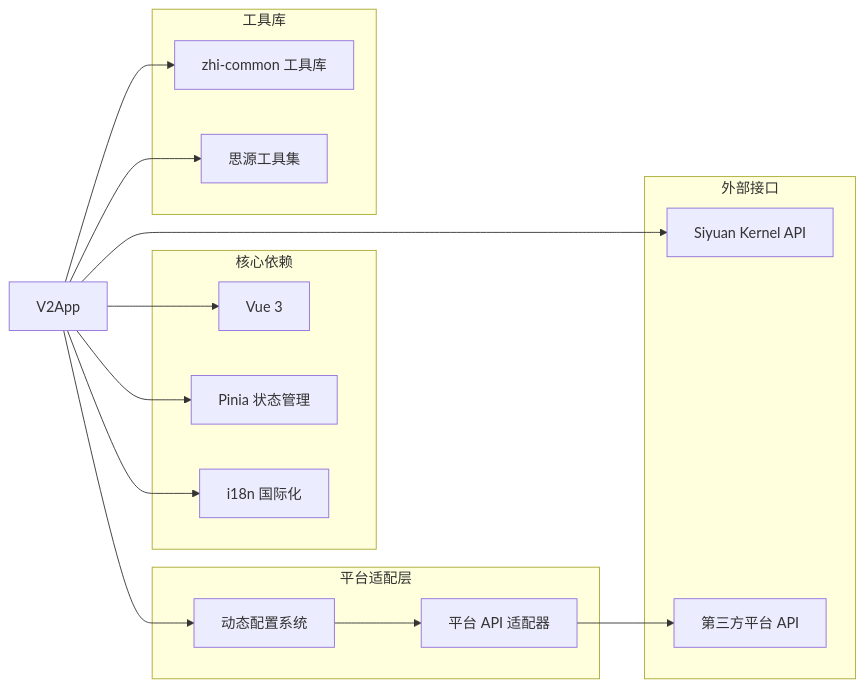
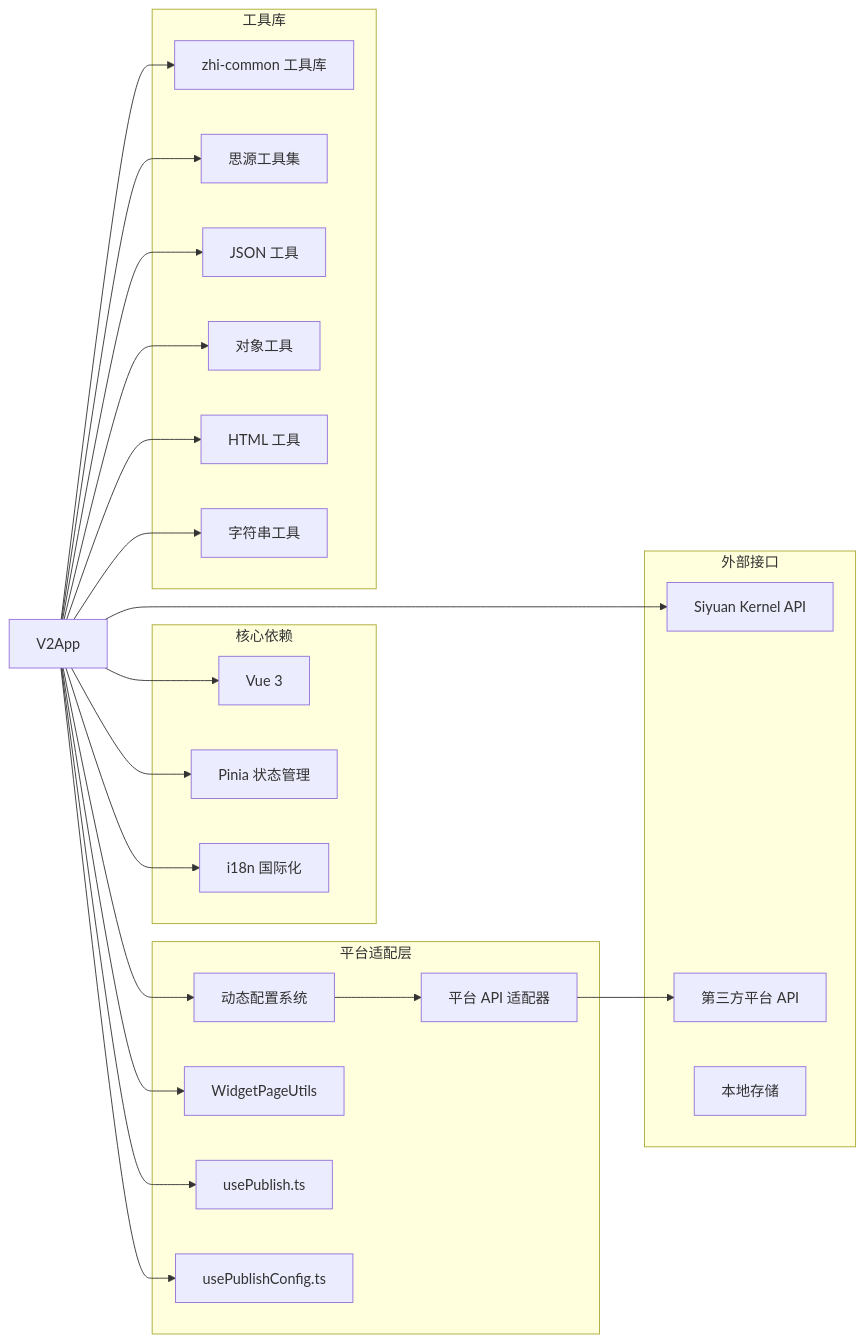
One commit to terwer/siyuan-plugin-publisher changed the tenth of 10 diagrams in .qoder/repowiki/zh/content/用户界面组件/页面组件/V2 应用根组件.md. Above: the diagram before and after it, drawn with Mermaid. The commit also changed other lines of this file and 14 other files, not shown here.

````diff
--- a/.qoder/repowiki/zh/content/用户界面组件/页面组件/V2 应用根组件.md
+++ b/.qoder/repowiki/zh/content/用户界面组件/页面组件/V2 应用根组件.md
@@ -383,29 +426,44 @@
 ```mermaid
 graph LR
 subgraph "核心依赖"
 Vue[Vue 3]
 Pinia[Pinia 状态管理]
 I18n[i18n 国际化]
 end
 subgraph "平台适配层"
 DynamicConfig[动态配置系统]
 PlatformAPI[平台 API 适配器]
+WidgetUtils[WidgetPageUtils]
+PublishUtils[usePublish.ts]
+ConfigUtils[usePublishConfig.ts]
 end
 subgraph "工具库"
 ZhiCommon[zhi-common 工具库]
 SiyuanUtils[思源工具集]
+JsonUtil[JSON 工具]
+ObjectUtil[对象工具]
+HtmlUtil[HTML 工具]
+StrUtil[字符串工具]
 end
 subgraph "外部接口"
 SiyuanKernel[Siyuan Kernel API]
 ThirdParty[第三方平台 API]
+Storage[本地存储]
 end
 V2App --> Vue
 V2App --> Pinia
 V2App --> I18n
 V2App --> DynamicConfig
 DynamicConfig --> PlatformAPI
 PlatformAPI --> ThirdParty
 V2App --> ZhiCommon
 V2App --> SiyuanUtils
+V2App --> JsonUtil
+V2App --> ObjectUtil
+V2App --> HtmlUtil
+V2App --> StrUtil
+V2App --> WidgetUtils
+V2App --> PublishUtils
+V2App --> ConfigUtils
 V2App --> SiyuanKernel
 ```
````
